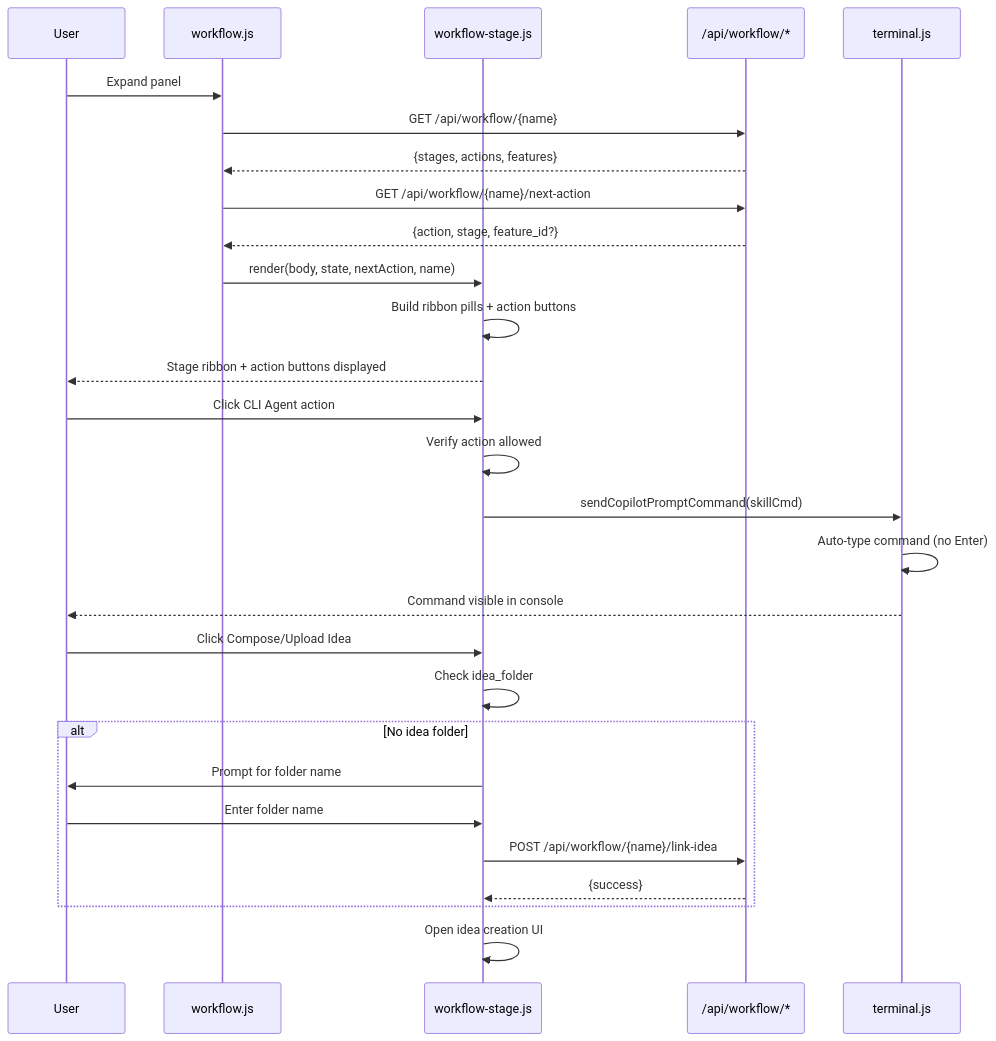
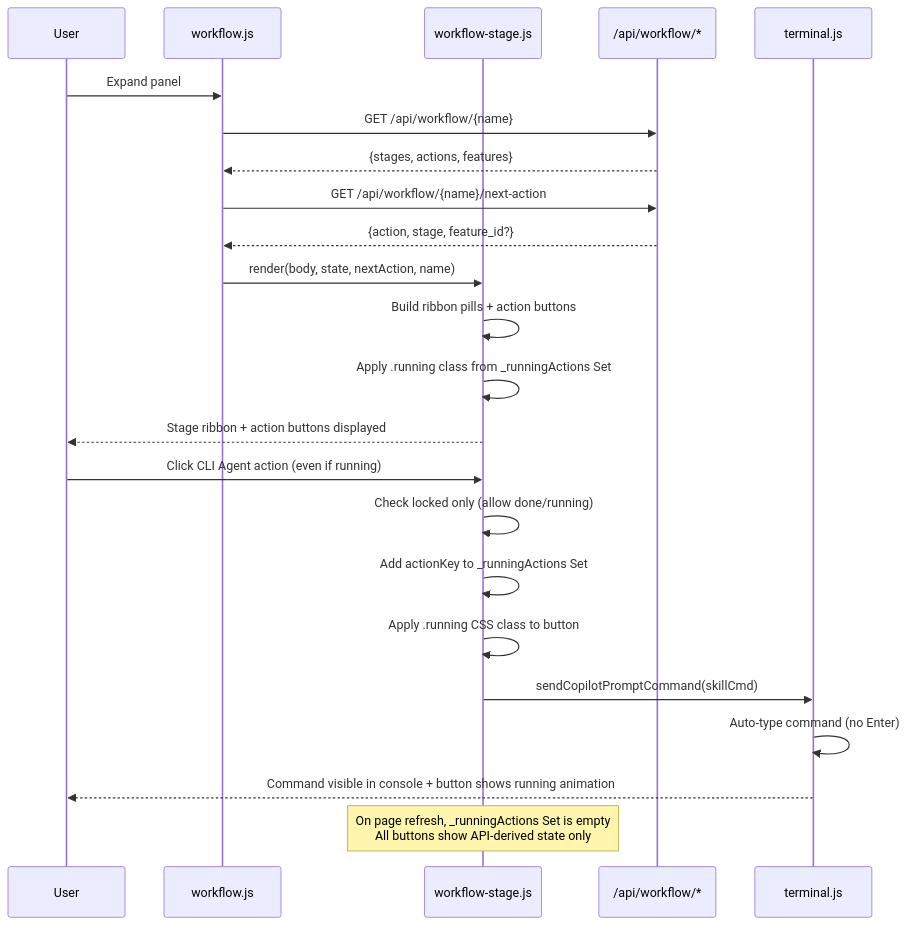
Before and after one commit to Young-Z/X-IPE: the first of 2 diagrams in x-ipe-docs/requirements/EPIC-036/FEATURE-036-C/technical-design.md, drawn with Mermaid. The commit also changed other lines of this file and 177 other files, not shown here.

````diff
--- a/x-ipe-docs/requirements/EPIC-036/FEATURE-036-C/technical-design.md
+++ b/x-ipe-docs/requirements/EPIC-036/FEATURE-036-C/technical-design.md
@@ -66,33 +79,28 @@
 ```mermaid
 sequenceDiagram
     participant User
     participant WorkflowJS as workflow.js
     participant StageJS as workflow-stage.js
     participant API as /api/workflow/*
     participant Terminal as terminal.js
 
     User->>WorkflowJS: Expand panel
     WorkflowJS->>API: GET /api/workflow/{name}
     API-->>WorkflowJS: {stages, actions, features}
     WorkflowJS->>API: GET /api/workflow/{name}/next-action
     API-->>WorkflowJS: {action, stage, feature_id?}
     WorkflowJS->>StageJS: render(body, state, nextAction, name)
     StageJS->>StageJS: Build ribbon pills + action buttons
+    StageJS->>StageJS: Apply .running class from _runningActions Set
     StageJS-->>User: Stage ribbon + action buttons displayed
 
-    User->>StageJS: Click CLI Agent action
-    StageJS->>StageJS: Verify action allowed
+    User->>StageJS: Click CLI Agent action (even if running)
+    StageJS->>StageJS: Check locked only (allow done/running)
+    StageJS->>StageJS: Add actionKey to _runningActions Set
+    StageJS->>StageJS: Apply .running CSS class to button
     StageJS->>Terminal: sendCopilotPromptCommand(skillCmd)
     Terminal->>Terminal: Auto-type command (no Enter)
-    Terminal-->>User: Command visible in console
+    Terminal-->>User: Command visible in console + button shows running animation
 
-    User->>StageJS: Click Compose/Upload Idea
-    StageJS->>StageJS: Check idea_folder
-    alt No idea folder
-        StageJS->>User: Prompt for folder name
-        User->>StageJS: Enter folder name
-        StageJS->>API: POST /api/workflow/{name}/link-idea
-        API-->>StageJS: {success}
-    end
-    StageJS->>StageJS: Open idea creation UI
+    Note over StageJS: On page refresh, _runningActions Set is empty<br/>All buttons show API-derived state only
 ```
````
